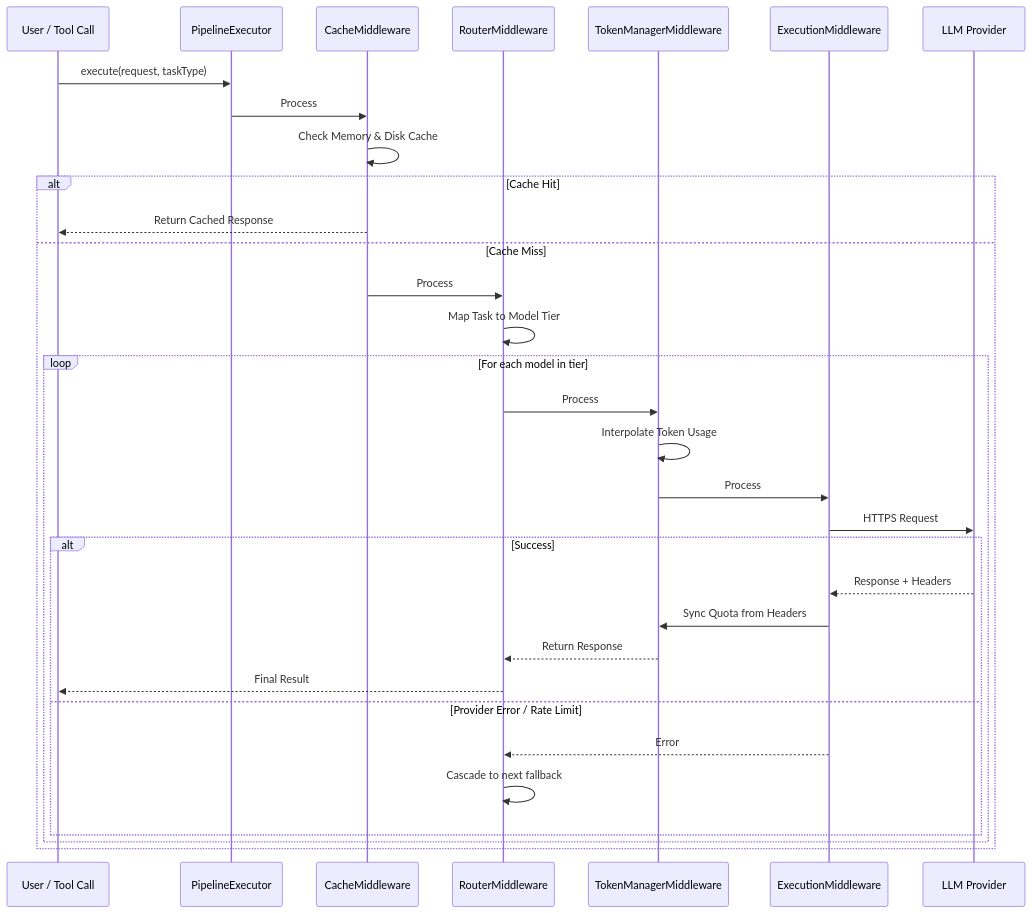
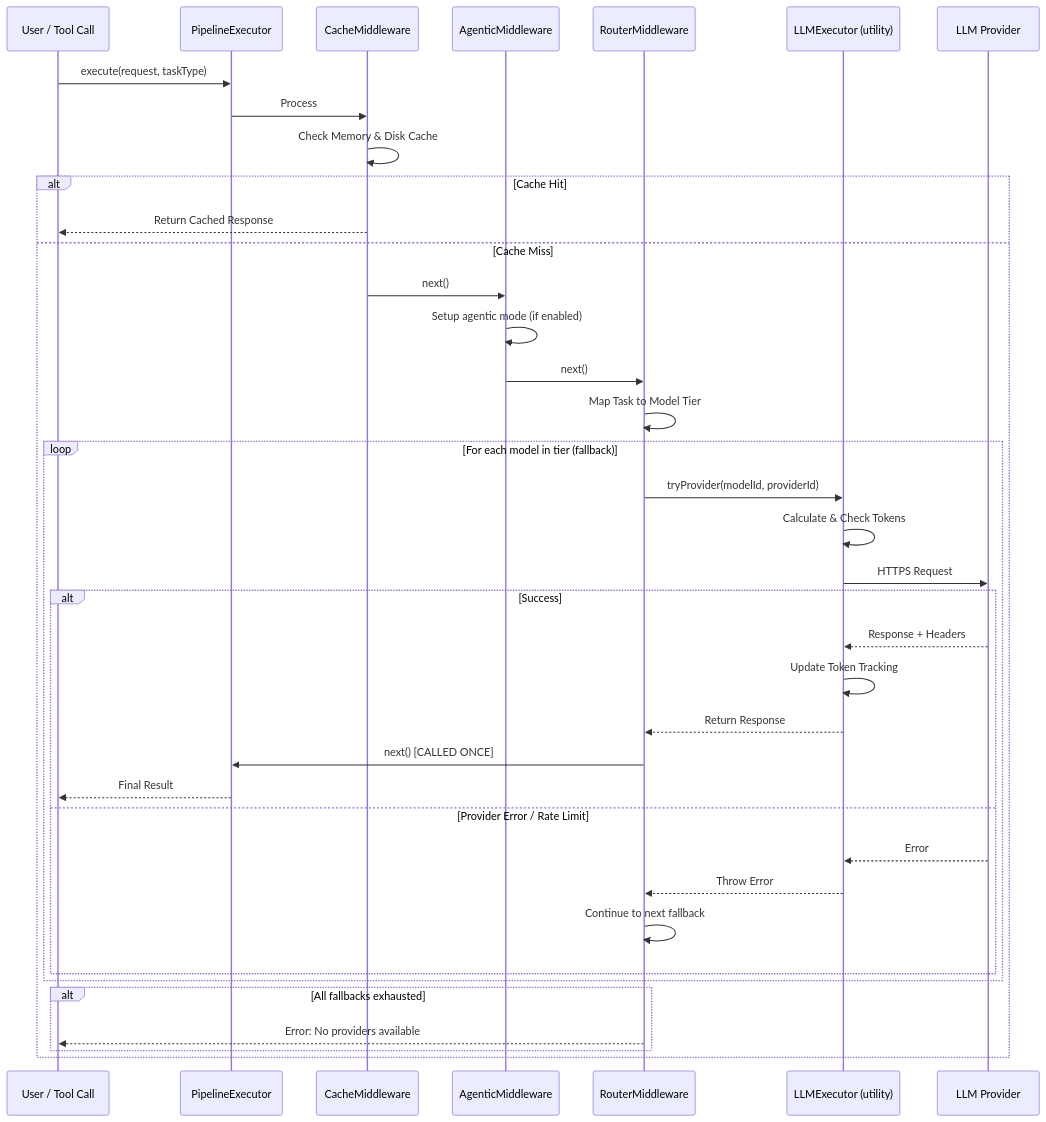
Before and after one commit to djmahe4/awesome-free-llm-apis: the first of 4 diagrams in mcp-server/docs/guide.md, drawn with Mermaid. The commit also changed other lines of this file and 15 other files, not shown here.

````diff
--- a/mcp-server/docs/guide.md
+++ b/mcp-server/docs/guide.md
@@ -9,35 +13,41 @@
 ```mermaid
 sequenceDiagram
     participant U as User / Tool Call
     participant E as PipelineExecutor
     participant C as CacheMiddleware
+    participant A as AgenticMiddleware
     participant R as RouterMiddleware
-    participant T as TokenManagerMiddleware
-    participant X as ExecutionMiddleware
+    participant X as LLMExecutor (utility)
     participant P as LLM Provider
 
     U->>E: execute(request, taskType)
     E->>C: Process
     C->>C: Check Memory & Disk Cache
     alt Cache Hit
         C-->>U: Return Cached Response
     else Cache Miss
-        C->>R: Process
+        C->>A: next()
+        A->>A: Setup agentic mode (if enabled)
+        A->>R: next()
         R->>R: Map Task to Model Tier
-        loop For each model in tier
-            R->>T: Process
-            T->>T: Interpolate Token Usage
-            T->>X: Process
+        loop For each model in tier (fallback)
+            R->>X: tryProvider(modelId, providerId)
+            X->>X: Calculate & Check Tokens
             X->>P: HTTPS Request
             alt Success
                 P-->>X: Response + Headers
-                X->>T: Sync Quota from Headers
-                T-->>R: Return Response
-                R-->>U: Final Result
+                X->>X: Update Token Tracking
+                X-->>R: Return Response
+                R->>E: next() [CALLED ONCE]
+                E-->>U: Final Result
             else Provider Error / Rate Limit
-                X-->>R: Error
-                R->>R: Cascade to next fallback
+                P-->>X: Error
+                X-->>R: Throw Error
+                R->>R: Continue to next fallback
             end
+        end
+        alt All fallbacks exhausted
+            R-->>U: Error: No providers available
         end
     end
 ```
````
